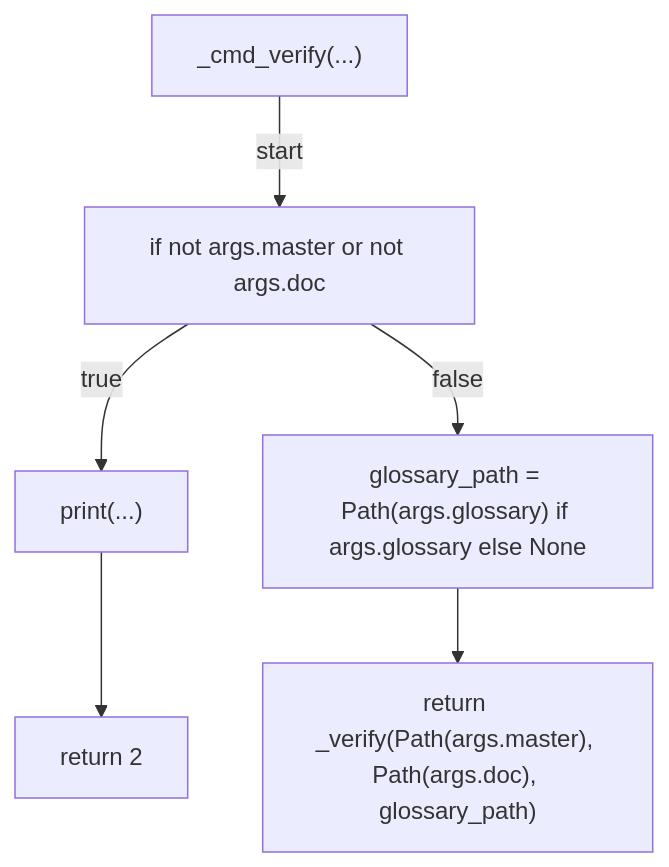
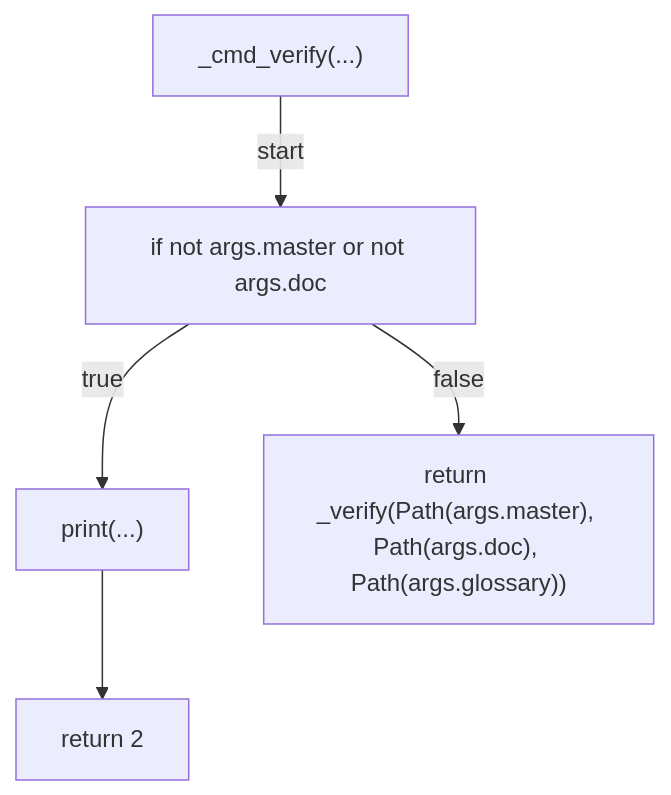
Before and after one commit to tvna/claude-md: diagram 11 of 20 in docs/generated/scripts/ast/scan_design_philosophy_drift.md, drawn with Mermaid. The commit also changed other lines of this file and 1 other file, not shown here.

First line of the commit message:
docs(generated): regenerate decision tree and workflow diagrams

````diff
--- a/docs/generated/scripts/ast/scan_design_philosophy_drift.md
+++ b/docs/generated/scripts/ast/scan_design_philosophy_drift.md
@@ -276,14 +237,12 @@
 ```mermaid
 flowchart TD
     N001["_cmd_verify(...)"]
     N002["if not args.master or not args.doc"]
     N003["print(...)"]
     N004["return 2"]
-    N005["glossary_path = Path(args.glossary) if args.glossary else None"]
-    N006["return _verify(Path(args.master), Path(args.doc), glossary_path)"]
+    N005["return _verify(Path(args.master), Path(args.doc), Path(args.glossary))"]
     N001 -->|"start"| N002
     N002 -->|"true"| N003
     N003 --> N004
     N002 -->|"false"| N005
-    N005 --> N006
 ```
````
